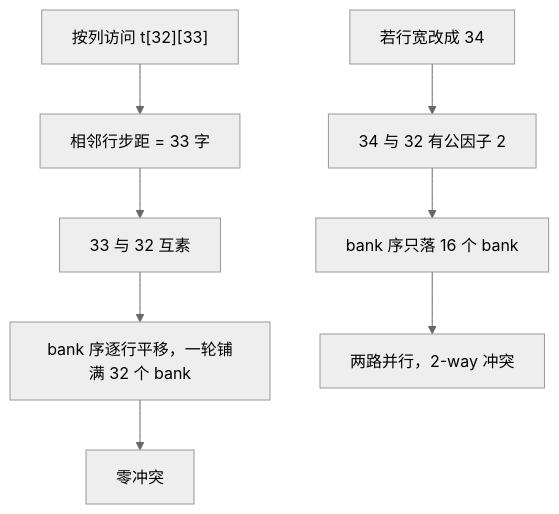
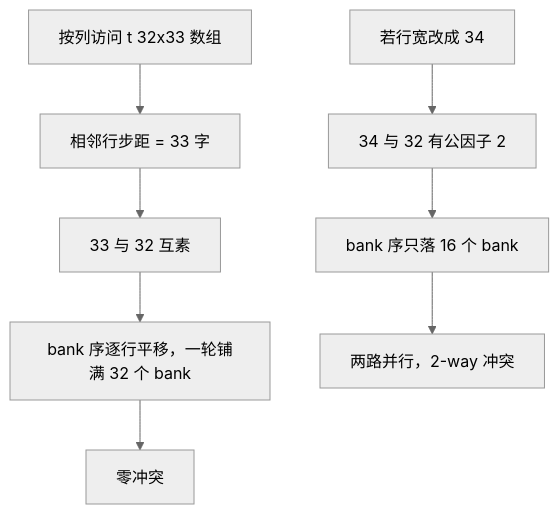
One commit to xhongduo-tech/xhongduo-tech.github.io changed the second of 2 diagrams in docs/cs/gpu-smem-bank-conflicts.md. Above: the diagram before and after it, drawn with Mermaid (neutral theme). The commit also changed 25 other files, not shown here.

Commit message:
Enhance more cs articles with second diagrams and beginner marginnotes.

````diff
--- a/docs/cs/gpu-smem-bank-conflicts.md
+++ b/docs/cs/gpu-smem-bank-conflicts.md
@@ -40,10 +40,10 @@
 ```mermaid
 flowchart TD
-  COL["按列访问 t[32][33]"] --> STEP["相邻行步距 = 33 字"]
+  COL["按列访问 t 32x33 数组"] --> STEP["相邻行步距 = 33 字"]
   STEP --> COP["33 与 32 互素"]
   COP --> SPREAD["bank 序逐行平移，一轮铺满 32 个 bank"]
   SPREAD --> OK["零冲突"]
   COL34["若行宽改成 34"] --> GCD["34 与 32 有公因子 2"]
   GCD --> HALF["bank 序只落 16 个 bank"]
   HALF --> BAD["两路并行，2-way 冲突"]
 ```
````
